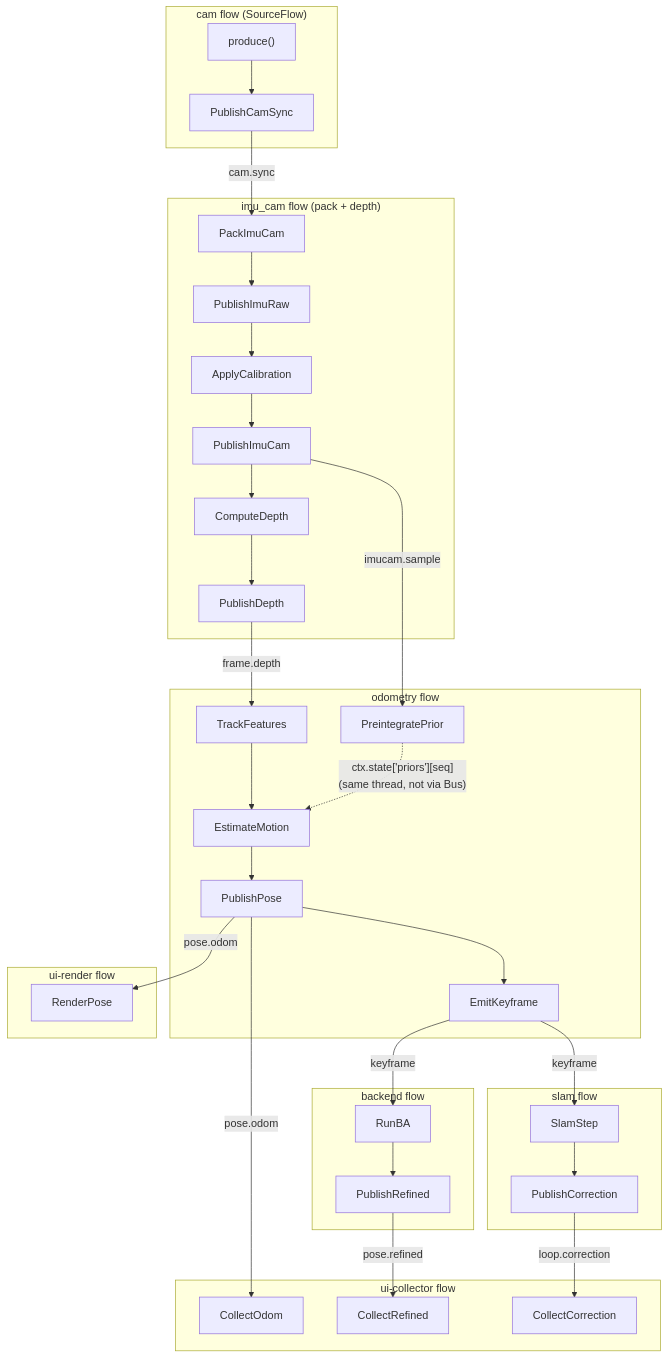
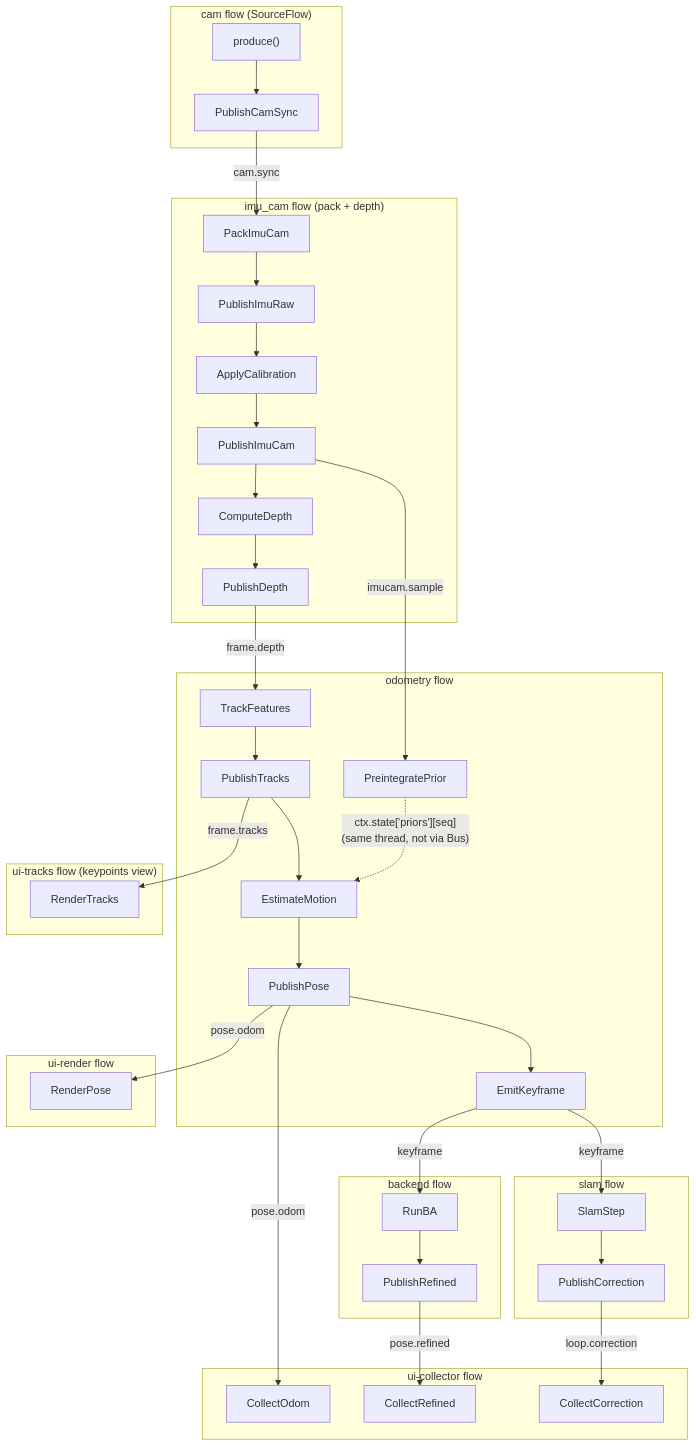
The diagram in ours/ARCHITECTURE.md (hqbao/flight-vio), drawn with Mermaid before and after one commit. The commit also changed other lines of this file and 11 other files, not shown here.

First line of the commit message:
Subscribe keypoints window to frame.tracks instead of a private frontend

````diff
--- a/ours/ARCHITECTURE.md
+++ b/ours/ARCHITECTURE.md
@@ -124,39 +127,43 @@
 ```mermaid
 flowchart TD
     subgraph CAM["cam flow (SourceFlow)"]
         PRODC["produce()"] --> PCS["PublishCamSync"]
     end
     subgraph IMU["imu_cam flow (pack + depth)"]
         PIC["PackImuCam"] --> PIR["PublishImuRaw"] --> AC["ApplyCalibration"] --> PICAM["PublishImuCam"] --> CD["ComputeDepth"] --> PD["PublishDepth"]
     end
     subgraph ODO["odometry flow"]
         PIP["PreintegratePrior"]
-        TF["TrackFeatures"] --> PV["EstimateMotion"] --> PP["PublishPose"] --> EK["EmitKeyframe"]
+        TF["TrackFeatures"] --> PT["PublishTracks"] --> PV["EstimateMotion"] --> PP["PublishPose"] --> EK["EmitKeyframe"]
     end
     subgraph BCK["backend flow"]
         RB["RunBA"] --> PR["PublishRefined"]
     end
     subgraph SLM["slam flow"]
         SS["SlamStep"] --> PC2["PublishCorrection"]
     end
     subgraph UIC["ui-collector flow"]
         COd["CollectOdom"]
         CRf["CollectRefined"]
         CCo["CollectCorrection"]
     end
     subgraph UIR["ui-render flow"]
         RP["RenderPose"]
     end
+    subgraph UITR["ui-tracks flow (keypoints view)"]
+        RT["RenderTracks"]
+    end
 
     PCS -- "cam.sync" --> PIC
     PICAM -- "imucam.sample" --> PIP
     PD -- "frame.depth" --> TF
     PP -- "pose.odom" --> COd
     PP -- "pose.odom" --> RP
+    PT -- "frame.tracks" --> RT
     EK -- "keyframe" --> RB
     EK -- "keyframe" --> SS
     PR -- "pose.refined" --> CRf
     PC2 -- "loop.correction" --> CCo
 
     PIP -. "ctx.state['priors'][seq]\n(same thread, not via Bus)" .-> PV
 ```
````
